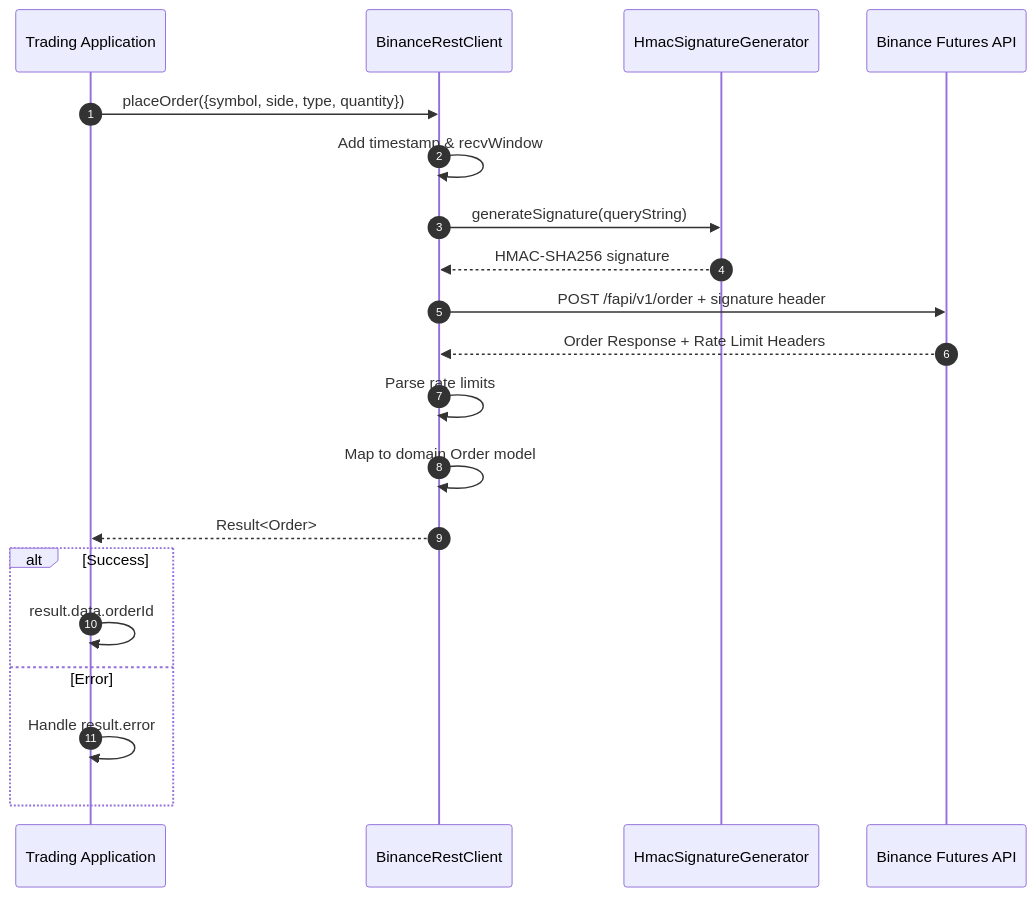
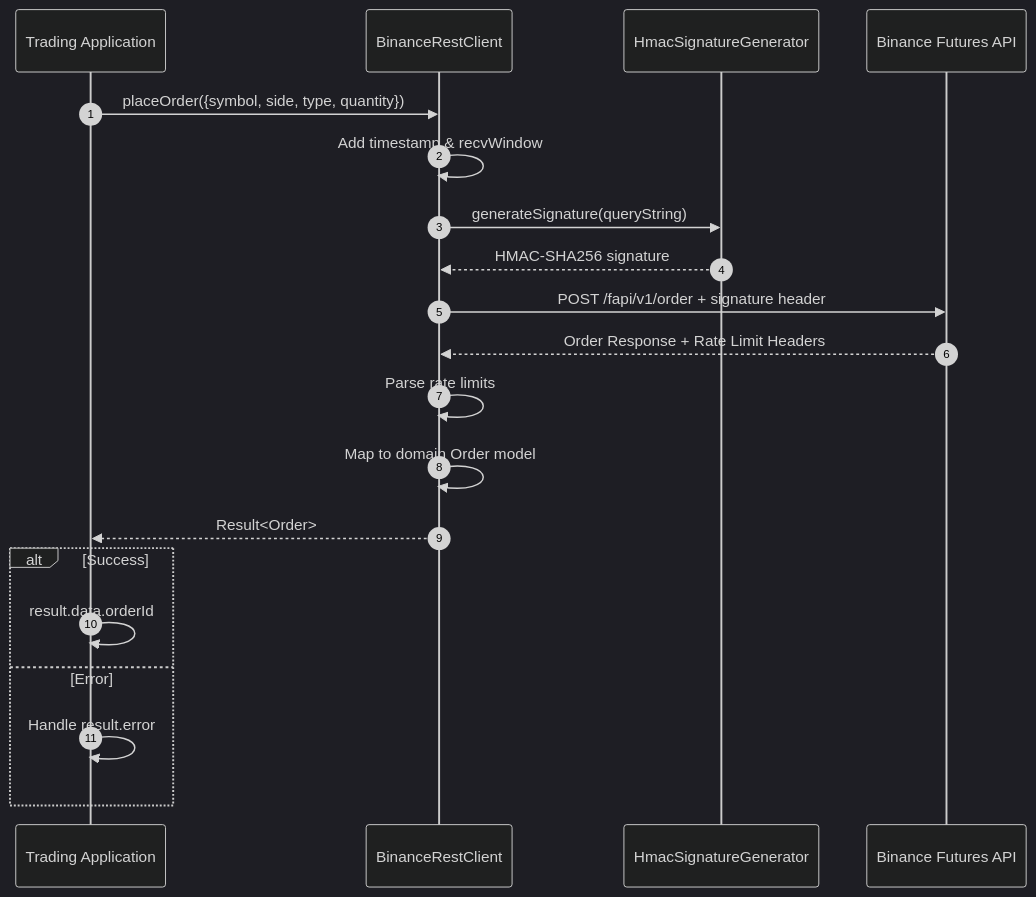
Before and after one commit to ArmandRicheletKleinberg/Ark.Alliance.Trading.Providers.Lib: the seventh of 10 diagrams in README.md, drawn with Mermaid. The commit also changed other lines of this file, not shown here.

First line of the commit message:
feat: convert all diagrams to professional dark theme

````diff
--- a/README.md
+++ b/README.md
@@ -555,24 +591,25 @@
 ```mermaid
+%%{init: {'theme':'dark', 'themVariables': {'primaryColor':'#1e3a5f','actorBkg':'#2d4a6c','actorBorder':'#60a5fa','actorTextColor':'#fff','signalColor':'#d1d5db','signalTextColor':'#fff','labelBoxBkgColor':'#1a2332','labelBoxBorderColor':'#60a5fa','labelTextColor':'#fff','loopTextColor':'#fff','noteBorderColor':'#60a5fa','noteBkgColor':'#2d4a6c','noteTextColor':'#fff','activationBorderColor':'#60a5fa','activationBkgColor':'#3a5f7d','sequenceNumberColor':'#fbbf24','messageTextColor':'#fff'}}}%%
 sequenceDiagram
     autonumber
     participant App as Trading Application
     participant Client as BinanceRestClient
     participant HMAC as HmacSignatureGenerator
     participant API as Binance Futures API
     
     App->>Client: placeOrder({symbol, side, type, quantity})
     Client->>Client: Add timestamp & recvWindow
     Client->>HMAC: generateSignature(queryString)
     HMAC-->>Client: HMAC-SHA256 signature
     Client->>API: POST /fapi/v1/order + signature header
     API-->>Client: Order Response + Rate Limit Headers
     Client->>Client: Parse rate limits
     Client->>Client: Map to domain Order model
     Client-->>App: Result<Order>
     
     alt Success
         App->>App: result.data.orderId
     else Error
         App->>App: Handle result.error
     end
 ```
````
